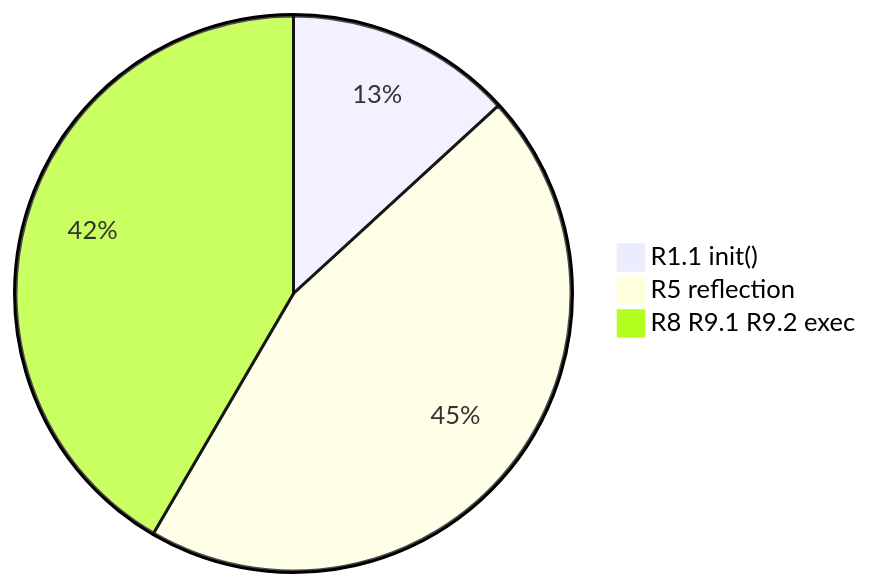
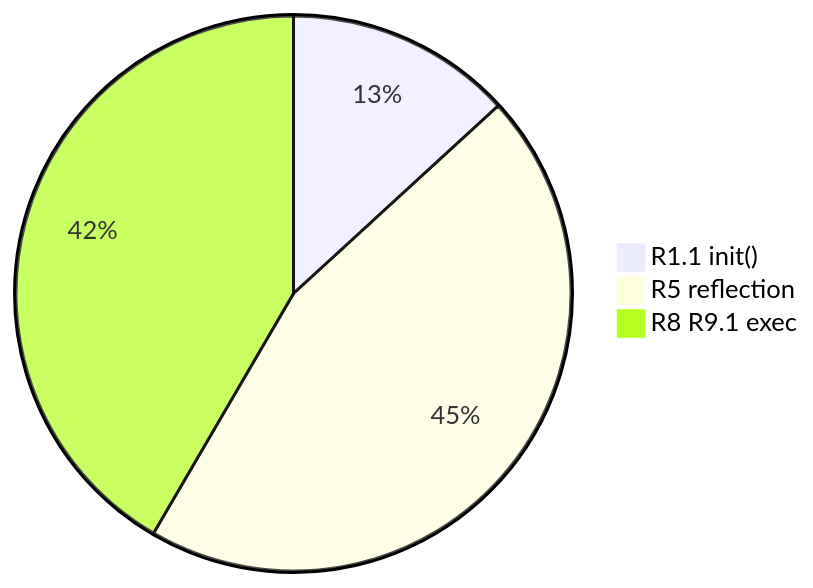
Before and after one commit to chains-project/GoSurf: the tenth of 10 diagrams in results/README.md, drawn with Mermaid. The commit also changed other lines of this file and 5 other files, not shown here.

````diff
--- a/results/README.md
+++ b/results/README.md
@@ -346,6 +355,6 @@
 ```mermaid
 pie 
     "R1.1 init()" : 98
     "R5 reflection" : 336
-    "R8 R9.1 R9.2 exec" : 309
+    "R8 R9.1 exec" : 309
 ```
````
